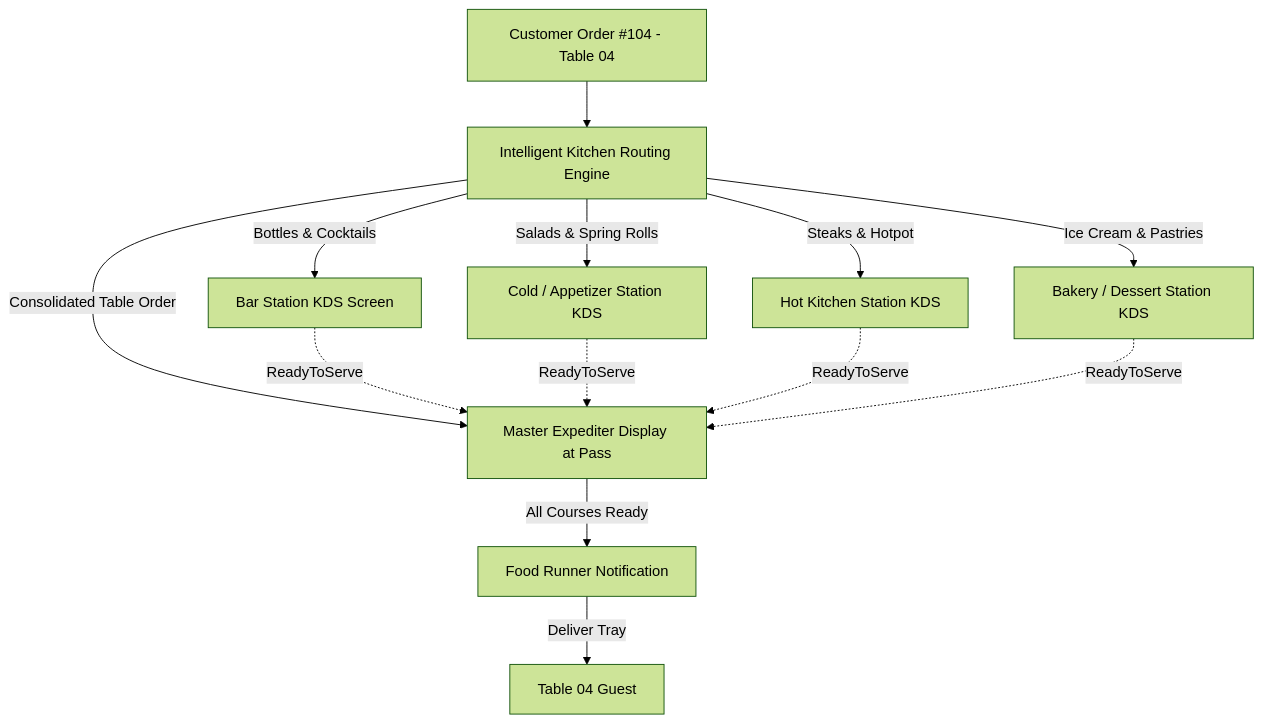
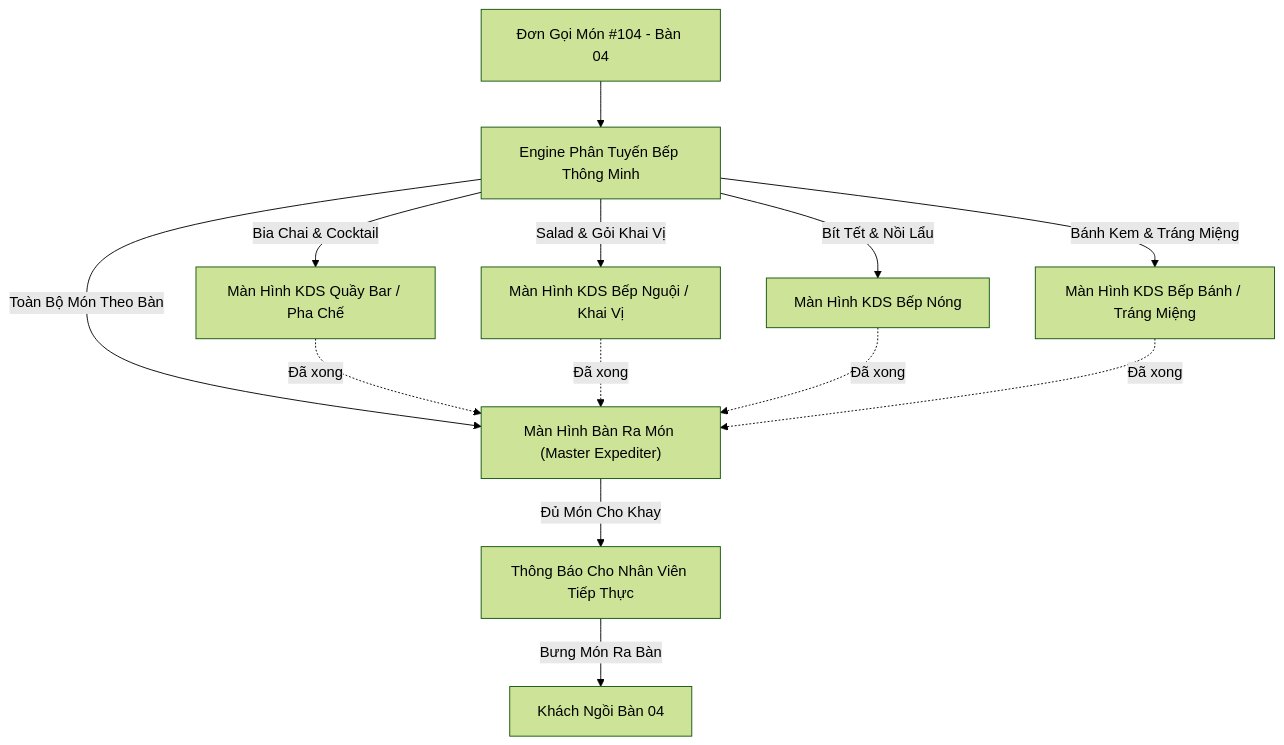
One commit to dieudoanhut2002/SmartRestaurant changed the first of 2 diagrams in docs/product/workflows/KITCHEN-WORKFLOW.md. Above: the diagram before and after it, drawn with Mermaid (forest theme). The commit also changed other lines of this file and 40 other files, not shown here.

````diff
--- a/docs/product/workflows/KITCHEN-WORKFLOW.md
+++ b/docs/product/workflows/KITCHEN-WORKFLOW.md
@@ -13,19 +14,19 @@
 ```mermaid
 flowchart TD
-    O[Customer Order #104 - Table 04] --> Router[Intelligent Kitchen Routing Engine]
+    O["Đơn Gọi Món #104 - Bàn 04"] --> Router["Engine Phân Tuyến Bếp Thông Minh"]
 
-    Router -->|Bottles & Cocktails| Bar[Bar Station KDS Screen]
-    Router -->|Salads & Spring Rolls| Cold[Cold / Appetizer Station KDS]
-    Router -->|Steaks & Hotpot| Hot[Hot Kitchen Station KDS]
-    Router -->|Ice Cream & Pastries| Bake[Bakery / Dessert Station KDS]
+    Router -->|"Bia Chai & Cocktail"| Bar["Màn Hình KDS Quầy Bar / Pha Chế"]
+    Router -->|"Salad & Gỏi Khai Vị"| Cold["Màn Hình KDS Bếp Nguội / Khai Vị"]
+    Router -->|"Bít Tết & Nồi Lẩu"| Hot["Màn Hình KDS Bếp Nóng"]
+    Router -->|"Bánh Kem & Tráng Miệng"| Bake["Màn Hình KDS Bếp Bánh / Tráng Miệng"]
 
-    Router -->|Consolidated Table Order| Exp[Master Expediter Display at Pass]
+    Router -->|"Toàn Bộ Món Theo Bàn"| Exp["Màn Hình Bàn Ra Món (Master Expediter)"]
 
-    Bar -.->|ReadyToServe| Exp
-    Cold -.->|ReadyToServe| Exp
-    Hot -.->|ReadyToServe| Exp
-    Bake -.->|ReadyToServe| Exp
+    Bar -.->|Đã xong| Exp
+    Cold -.->|Đã xong| Exp
+    Hot -.->|Đã xong| Exp
+    Bake -.->|Đã xong| Exp
 
-    Exp -->|All Courses Ready| Runner[Food Runner Notification]
-    Runner -->|Deliver Tray| Table[Table 04 Guest]
+    Exp -->|"Đủ Món Cho Khay"| Runner["Thông Báo Cho Nhân Viên Tiếp Thực"]
+    Runner -->|"Bưng Món Ra Bàn"| Table["Khách Ngồi Bàn 04"]
 ```
````
